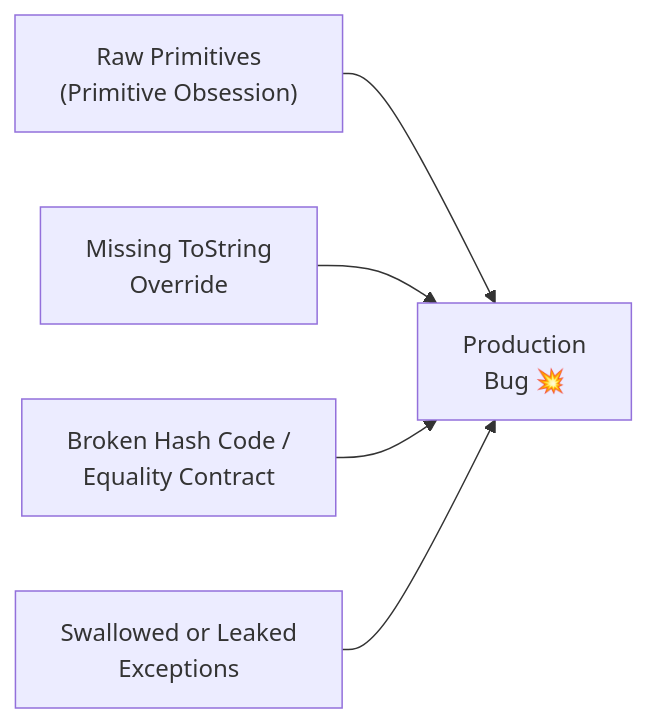
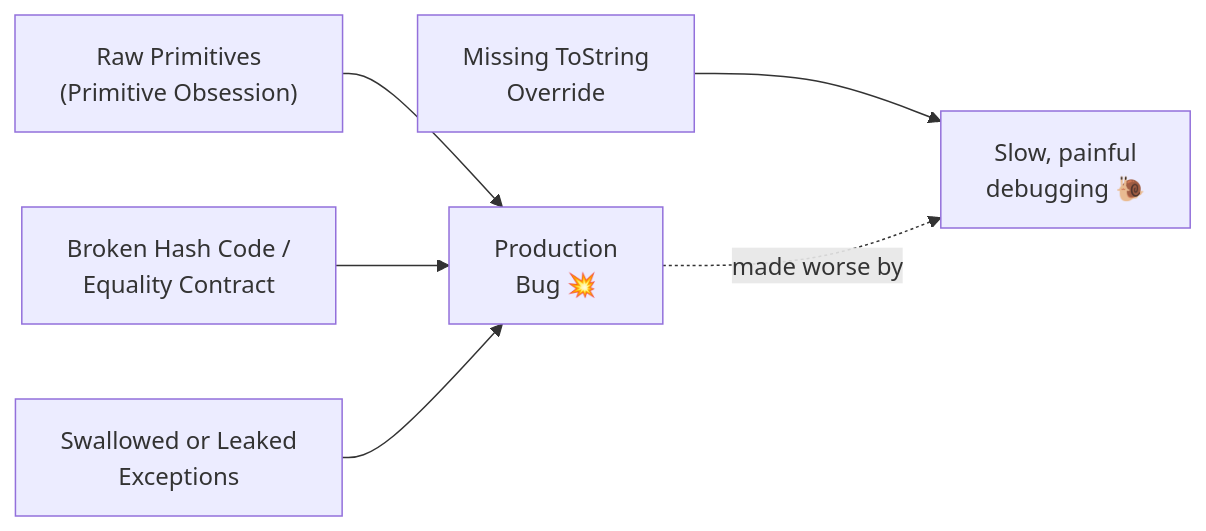
One commit to jeff-adkisson/swe-4743-spring-2026-oo-design changed the first of 18 diagrams in presentations/16-tiny-design-choices.md. Above: the diagram before and after it, drawn with Mermaid. The commit also changed other lines of this file, not shown here.

````diff
--- a/presentations/16-tiny-design-choices.md
+++ b/presentations/16-tiny-design-choices.md
@@ -15,7 +15,8 @@
 ```mermaid
 flowchart LR
     A["Raw Primitives\n(Primitive Obsession)"] --> BUG["Production\nBug 💥"]
-    B["Missing ToString\nOverride"] --> BUG
     C["Broken Hash Code /\nEquality Contract"] --> BUG
     D["Swallowed or Leaked\nExceptions"] --> BUG
+    B["Missing ToString\nOverride"] --> SLOW["Slow, painful\ndebugging 🐌"]
+    BUG -.->|"made worse by"| SLOW
 ```
````
